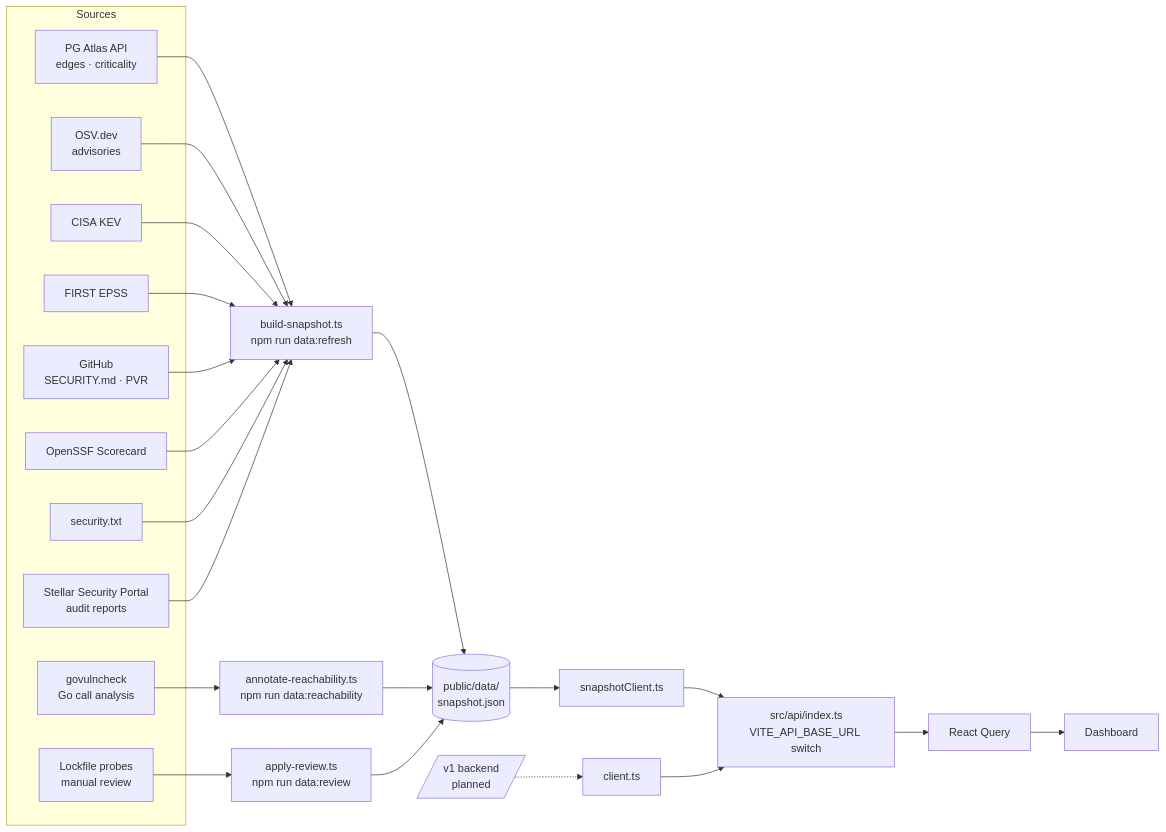
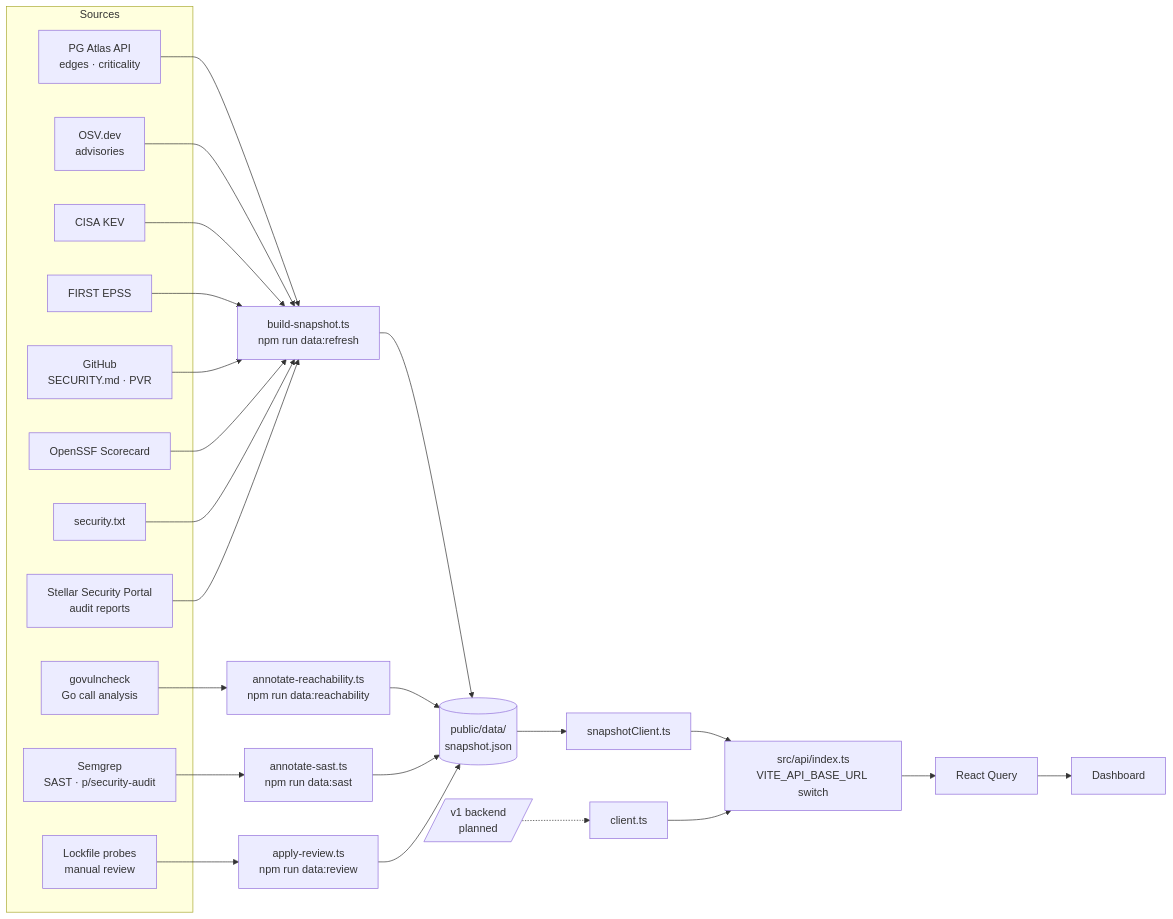
One commit to ogtechnologiesteam/stellar-pg-aegis-frontend changed the diagram in README.md. Above: the diagram before and after it, drawn with Mermaid. The commit also changed other lines of this file and 14 other files, not shown here.

First line of the commit message:
Add Semgrep SAST: WG-repo snapshot pass, CI job, and project-level findings UI

````diff
--- a/README.md
+++ b/README.md
@@ -38,23 +44,25 @@
 ```mermaid
 flowchart LR
     subgraph Sources
         PG[PG Atlas API<br/>edges · criticality]
         OSV[OSV.dev<br/>advisories]
         KEV[CISA KEV]
         EPSS[FIRST EPSS]
         GH[GitHub<br/>SECURITY.md · PVR]
         OSSF[OpenSSF Scorecard]
         SCTXT[security.txt]
         SSP[Stellar Security Portal<br/>audit reports]
         GOVC[govulncheck<br/>Go call analysis]
+        SG[Semgrep<br/>SAST · p/security-audit]
         LOCK[Lockfile probes<br/>manual review]
     end
 
     PG & OSV & KEV & EPSS & GH & OSSF & SCTXT & SSP --> BS[build-snapshot.ts<br/>npm run data:refresh]
     GOVC --> AR[annotate-reachability.ts<br/>npm run data:reachability]
+    SG --> AS[annotate-sast.ts<br/>npm run data:sast]
     LOCK --> APR[apply-review.ts<br/>npm run data:review]
-    BS & AR & APR --> SNAP[(public/data/<br/>snapshot.json)]
+    BS & AR & AS & APR --> SNAP[(public/data/<br/>snapshot.json)]
     SNAP --> SC[snapshotClient.ts]
     API[/v1 backend<br/>planned/] -.-> AC[client.ts]
     SC & AC --> IDX[src/api/index.ts<br/>VITE_API_BASE_URL switch] --> RQ[React Query] --> UI[Dashboard]
 ```
````
